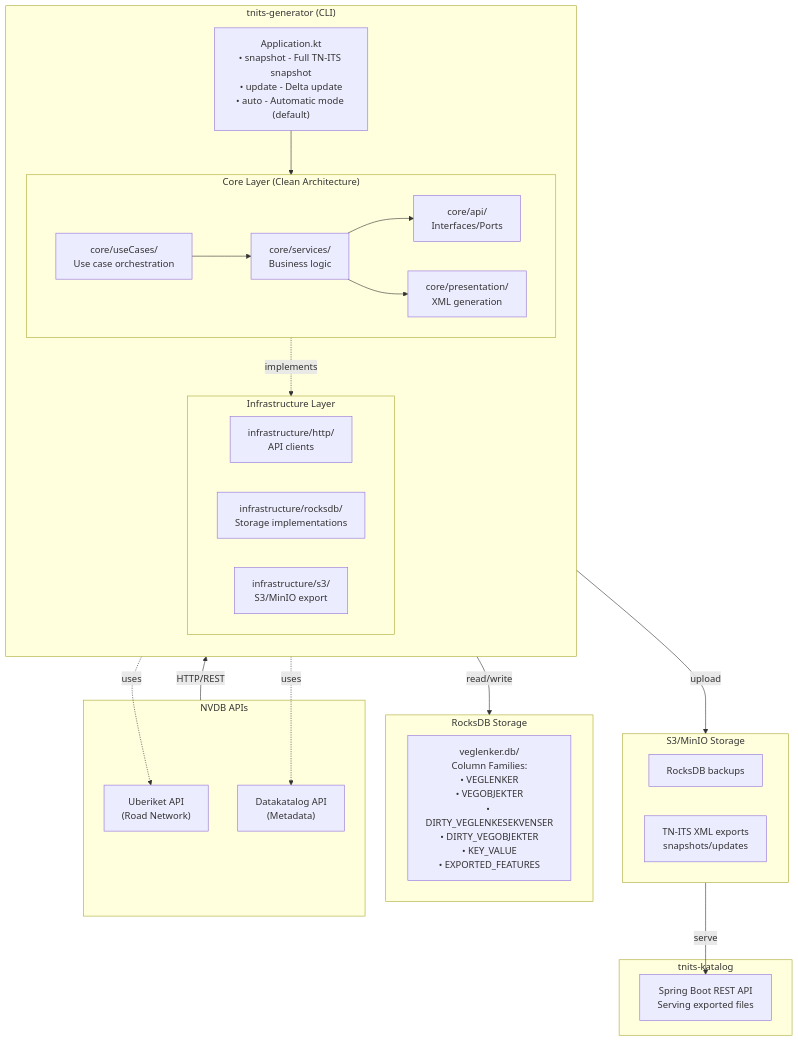
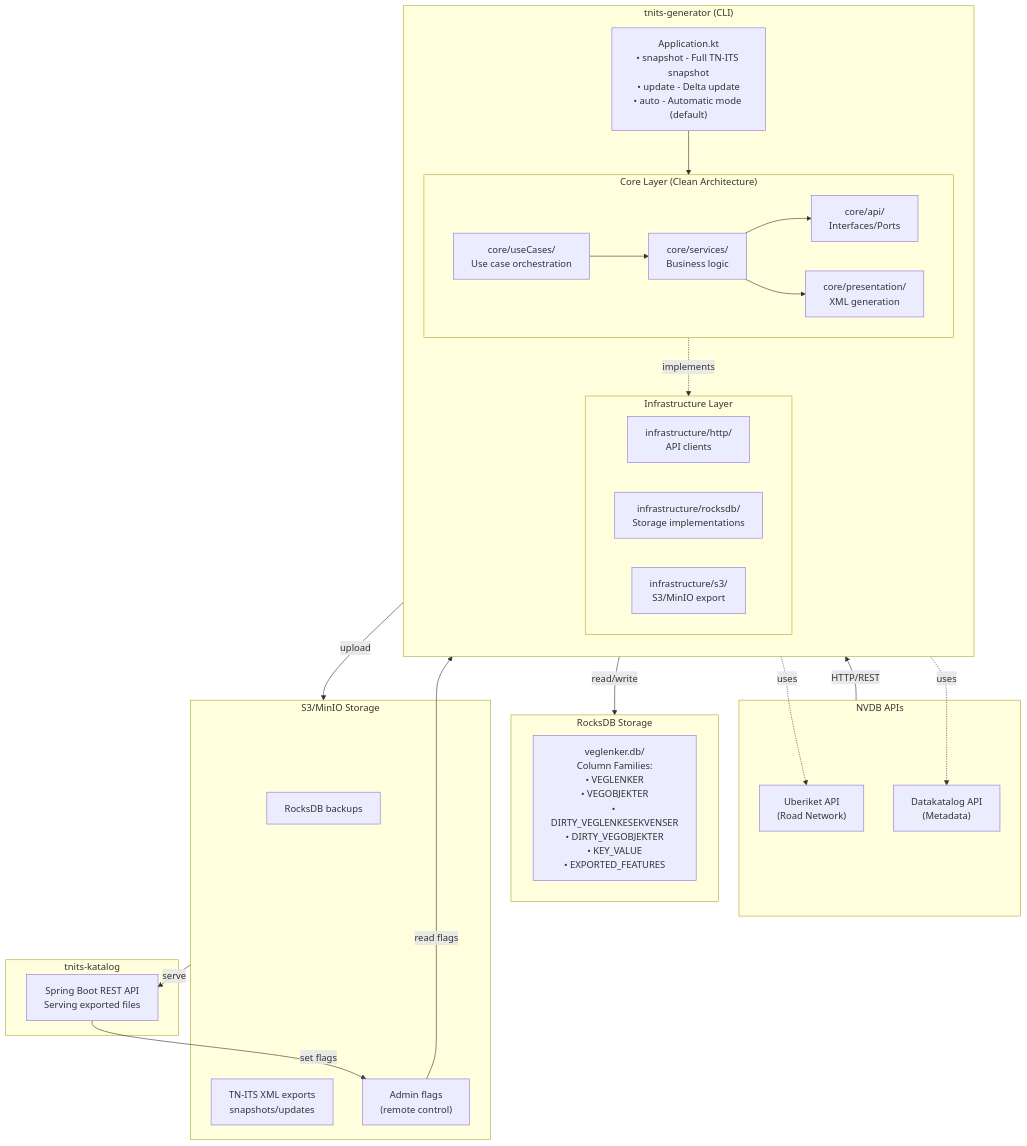
The diagram in docs/ARCHITECTURE.md (nvdb-vegdata/nvdb-tnits-public), drawn with Mermaid before and after one commit. The commit also changed other lines of this file and 4 other files, not shown here.

Commit message:
Update docs for admin flags

````diff
--- a/docs/ARCHITECTURE.md
+++ b/docs/ARCHITECTURE.md
@@ -13,53 +13,56 @@
 ```mermaid
 flowchart TB
     subgraph NVDB["NVDB APIs"]
         UberiketAPI["Uberiket API<br/>(Road Network)"]
         DatakatalogAPI["Datakatalog API<br/>(Metadata)"]
     end
 
     subgraph Generator["tnits-generator (CLI)"]
         direction TB
         App["Application.kt<br/>• snapshot - Full TN-ITS snapshot<br/>• update - Delta update<br/>• auto - Automatic mode (default)"]
 
         subgraph Core["Core Layer (Clean Architecture)"]
             direction LR
             UseCases["core/useCases/<br/>Use case orchestration"]
             Services["core/services/<br/>Business logic"]
             API["core/api/<br/>Interfaces/Ports"]
             Presentation["core/presentation/<br/>XML generation"]
         end
 
         subgraph Infrastructure["Infrastructure Layer"]
             direction LR
             HTTP["infrastructure/http/<br/>API clients"]
             RocksDB["infrastructure/rocksdb/<br/>Storage implementations"]
             S3["infrastructure/s3/<br/>S3/MinIO export"]
         end
 
         App --> UseCases
         UseCases --> Services
         Services --> API
         Services --> Presentation
         API -. implements .-> Infrastructure
     end
 
     subgraph Storage["RocksDB Storage"]
         DB["veglenker.db/<br/>Column Families:<br/>• VEGLENKER<br/>• VEGOBJEKTER<br/>• DIRTY_VEGLENKESEKVENSER<br/>• DIRTY_VEGOBJEKTER<br/>• KEY_VALUE<br/>• EXPORTED_FEATURES"]
     end
 
     subgraph S3Storage["S3/MinIO Storage"]
         Backups["RocksDB backups"]
         Exports["TN-ITS XML exports<br/>snapshots/updates"]
+        AdminFlags["Admin flags<br/>(remote control)"]
     end
 
     subgraph Katalog["tnits-katalog"]
         REST["Spring Boot REST API<br/>Serving exported files"]
     end
 
     NVDB -->|HTTP/REST| HTTP
     HTTP -. uses .-> UberiketAPI
     HTTP -. uses .-> DatakatalogAPI
     RocksDB -->|read/write| Storage
     S3 -->|upload| S3Storage
     S3Storage -->|serve| REST
+    REST -->|set flags| AdminFlags
+    AdminFlags -->|read flags| RocksDB
 ```
````
